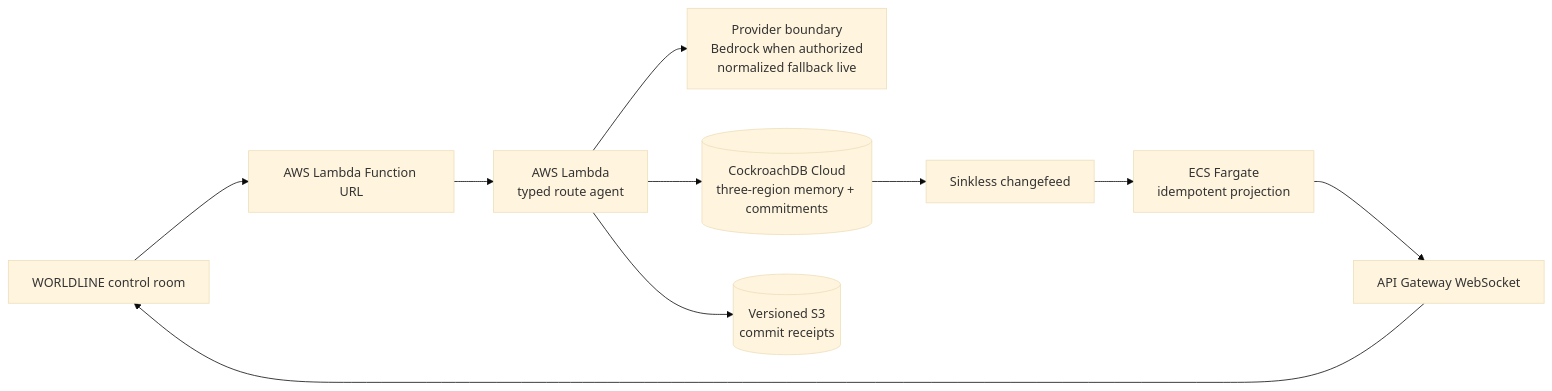
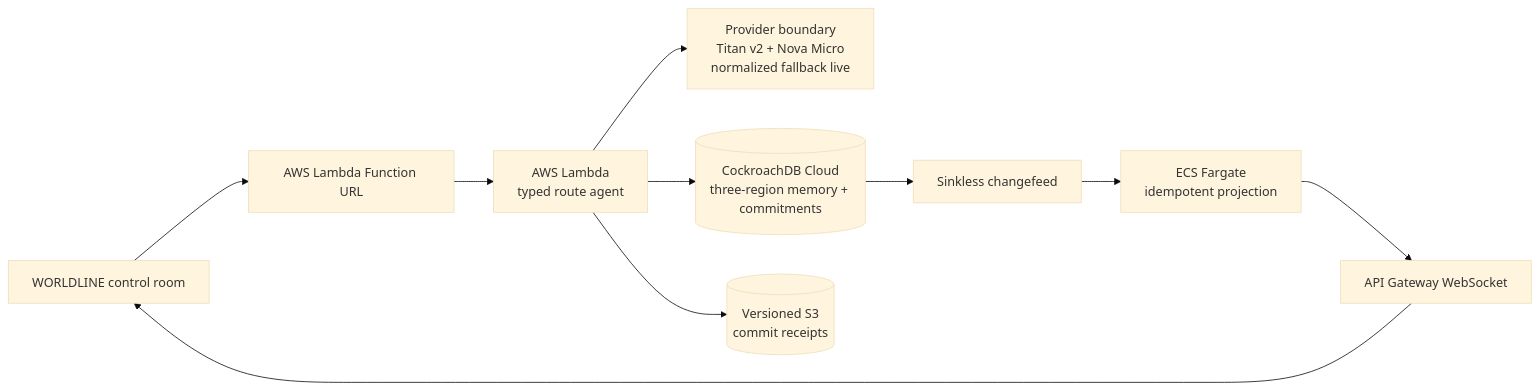
Before and after one commit to AdarshSingh-ASR/WorldLine: the diagram in README.md, drawn with Mermaid (base theme). The commit also changed other lines of this file and 4 other files, not shown here.

````diff
--- a/README.md
+++ b/README.md
@@ -48,12 +48,12 @@
 ```mermaid
 flowchart LR
     UI["WORLDLINE control room"] --> API["AWS Lambda Function URL"]
     API --> AGENT["AWS Lambda<br/>typed route agent"]
-    AGENT --> PROVIDER["Provider boundary<br/>Bedrock when authorized<br/>normalized fallback live"]
+    AGENT --> PROVIDER["Provider boundary<br/>Titan v2 + Nova Micro<br/>normalized fallback live"]
     AGENT --> CRDB[("CockroachDB Cloud<br/>three-region memory + commitments")]
     AGENT --> S3[("Versioned S3<br/>commit receipts")]
     CRDB --> CDC["Sinkless changefeed"]
     CDC --> ECS["ECS Fargate<br/>idempotent projection"]
     ECS --> WS["API Gateway WebSocket"]
     WS --> UI
 ```
````
